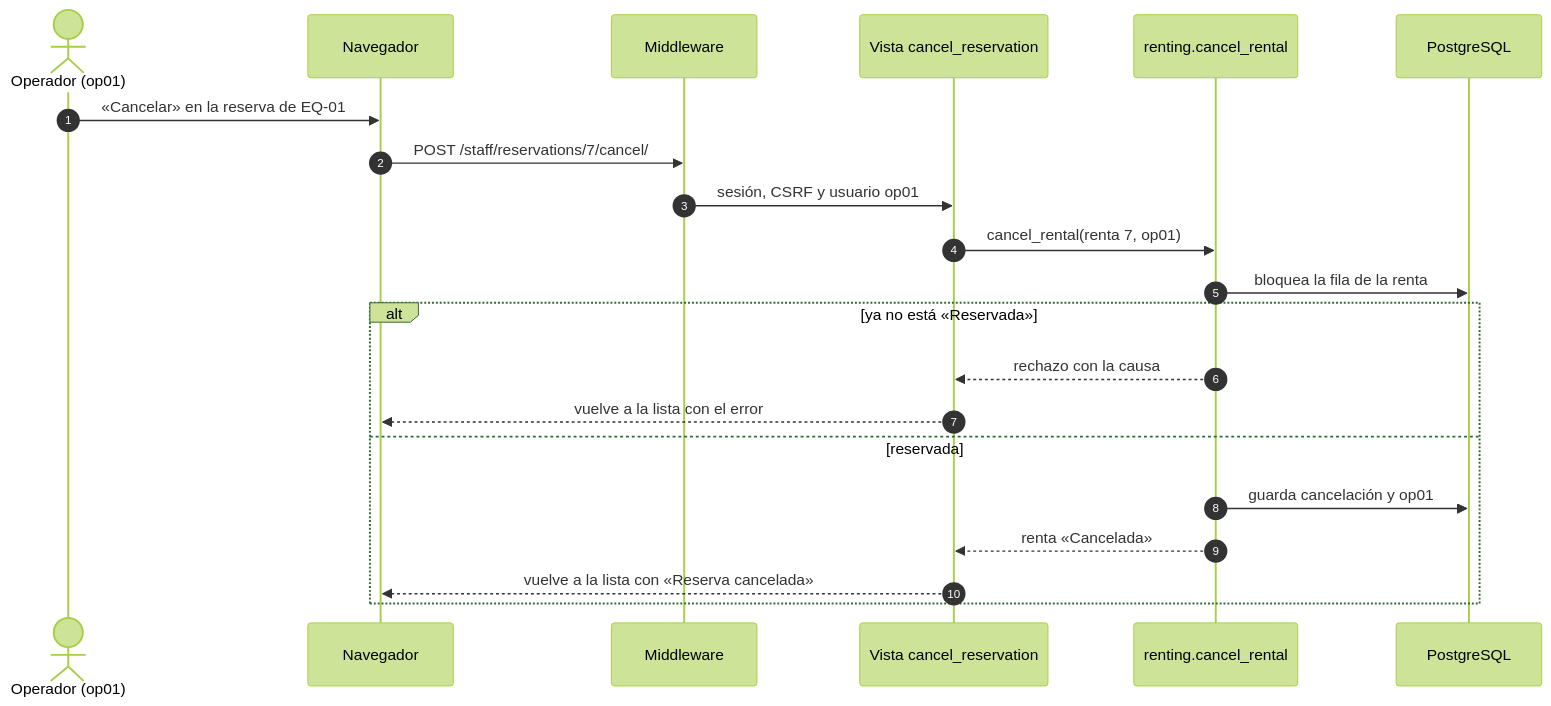
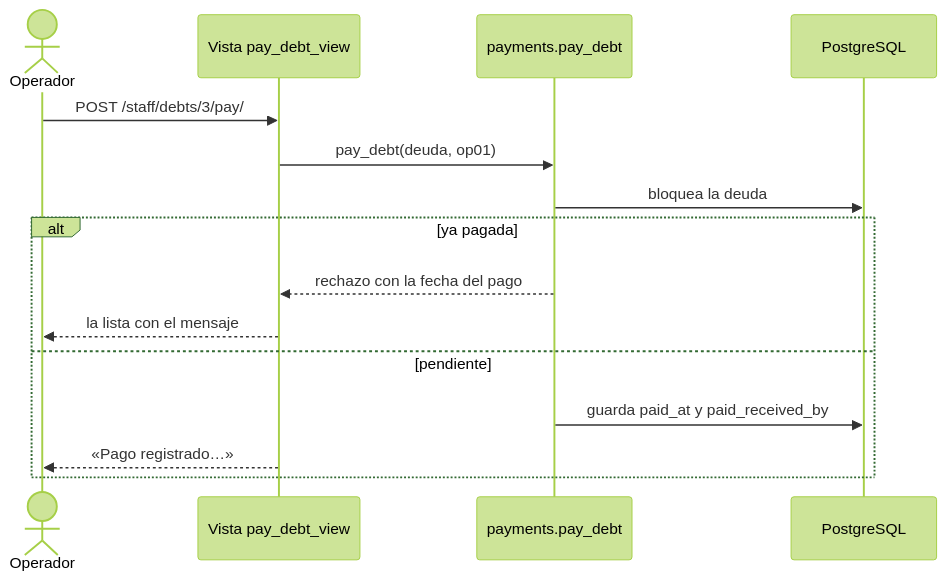
One commit to peterteranb/astra-rent-system changed diagram 12 of 17 in docs/casos-de-uso.md. Above: the diagram before and after it, drawn with Mermaid (forest theme). The commit also changed other lines of this file and 6 other files, not shown here.

````diff
--- a/docs/casos-de-uso.md
+++ b/docs/casos-de-uso.md
@@ -259,24 +483,17 @@
 ```mermaid
 sequenceDiagram
-    autonumber
-    actor O as Operador (op01)
-    participant N as Navegador
-    participant M as Middleware
-    participant V as Vista cancel_reservation
-    participant U as renting.cancel_rental
+    actor O as Operador
+    participant V as Vista pay_debt_view
+    participant U as payments.pay_debt
     participant BD as PostgreSQL
-
-    O->>N: «Cancelar» en la reserva de EQ-01
-    N->>M: POST /staff/reservations/7/cancel/
-    M->>V: sesión, CSRF y usuario op01
-    V->>U: cancel_rental(renta 7, op01)
-    U->>BD: bloquea la fila de la renta
-    alt ya no está «Reservada»
-        U-->>V: rechazo con la causa
-        V-->>N: vuelve a la lista con el error
-    else reservada
-        U->>BD: guarda cancelación y op01
-        U-->>V: renta «Cancelada»
-        V-->>N: vuelve a la lista con «Reserva cancelada»
+    O->>V: POST /staff/debts/3/pay/
+    V->>U: pay_debt(deuda, op01)
+    U->>BD: bloquea la deuda
+    alt ya pagada
+        U-->>V: rechazo con la fecha del pago
+        V-->>O: la lista con el mensaje
+    else pendiente
+        U->>BD: guarda paid_at y paid_received_by
+        V-->>O: «Pago registrado…»
     end
 ```
````
